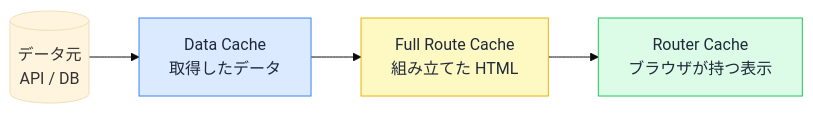
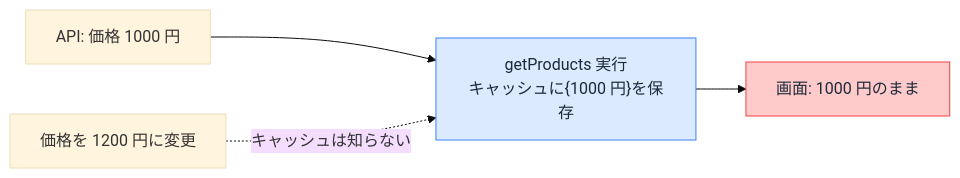
Before and after one commit to ozaki25/web-front-training-ozaki25: the diagram in docs/drafts/105/index.md, drawn with Mermaid (base theme). The commit also changed other lines of this file and 2 other files, not shown here.

````diff
--- a/docs/drafts/105/index.md
+++ b/docs/drafts/105/index.md
@@ -61,9 +75,8 @@
 ```mermaid
 flowchart LR
-  API[("データ元<br>API / DB")] --> DC["Data Cache<br>取得したデータ"]
-  DC --> FRC["Full Route Cache<br>組み立てた HTML"]
-  FRC --> RC["Router Cache<br>ブラウザが持つ表示"]
-  style DC fill:#dbeafe,color:#1e293b,stroke:#3b82f6
-  style FRC fill:#fef9c3,color:#1e293b,stroke:#eab308
-  style RC fill:#dcfce7,color:#1e293b,stroke:#22c55e
+  A["API: 価格 1000 円"] --> B["getProducts 実行<br>キャッシュに{1000 円}を保存"]
+  C["価格を 1200 円に変更"] -.->|"キャッシュは知らない"| B
+  B --> D["画面: 1000 円のまま"]
+  style B fill:#dbeafe,color:#1e293b,stroke:#3b82f6
+  style D fill:#fecaca,color:#1e293b,stroke:#ef4444
 ```
````
